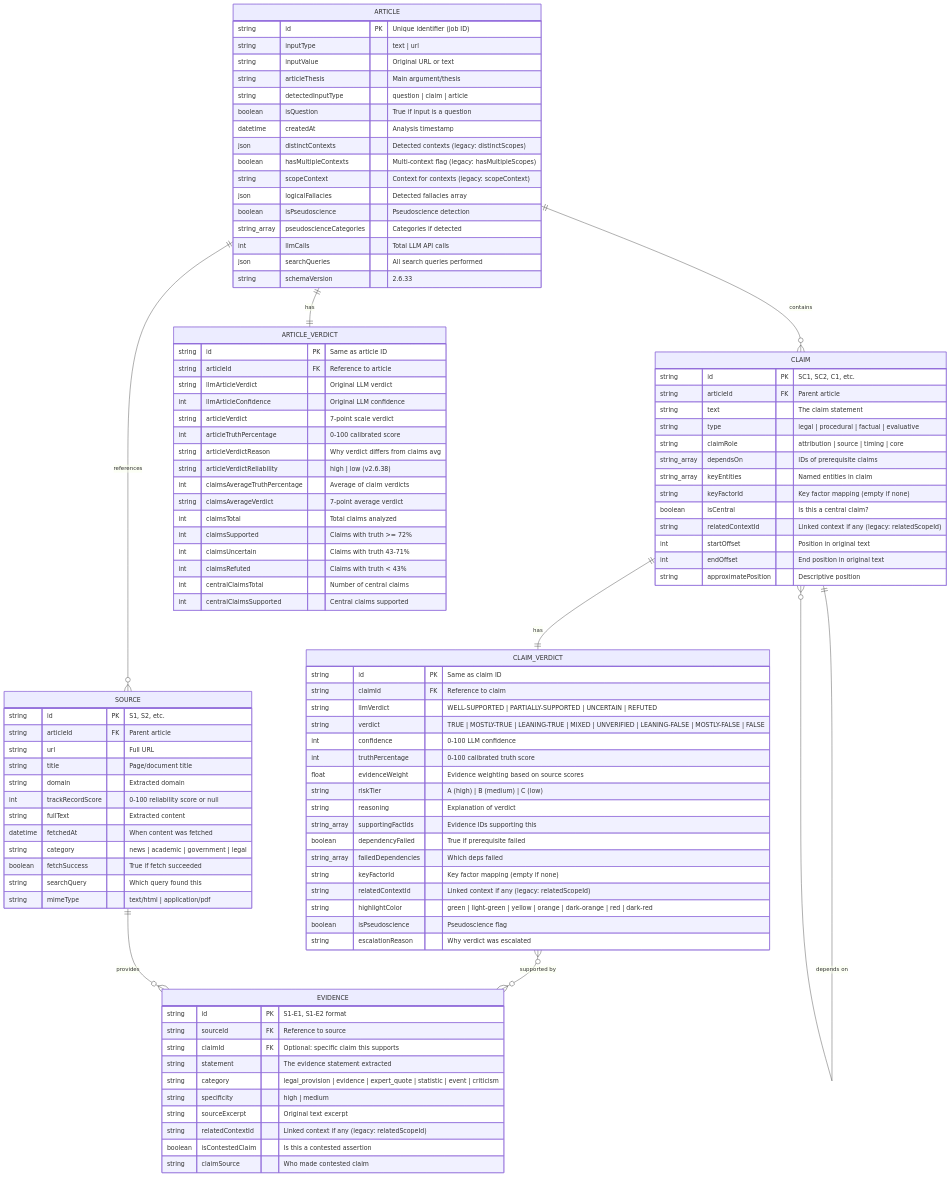
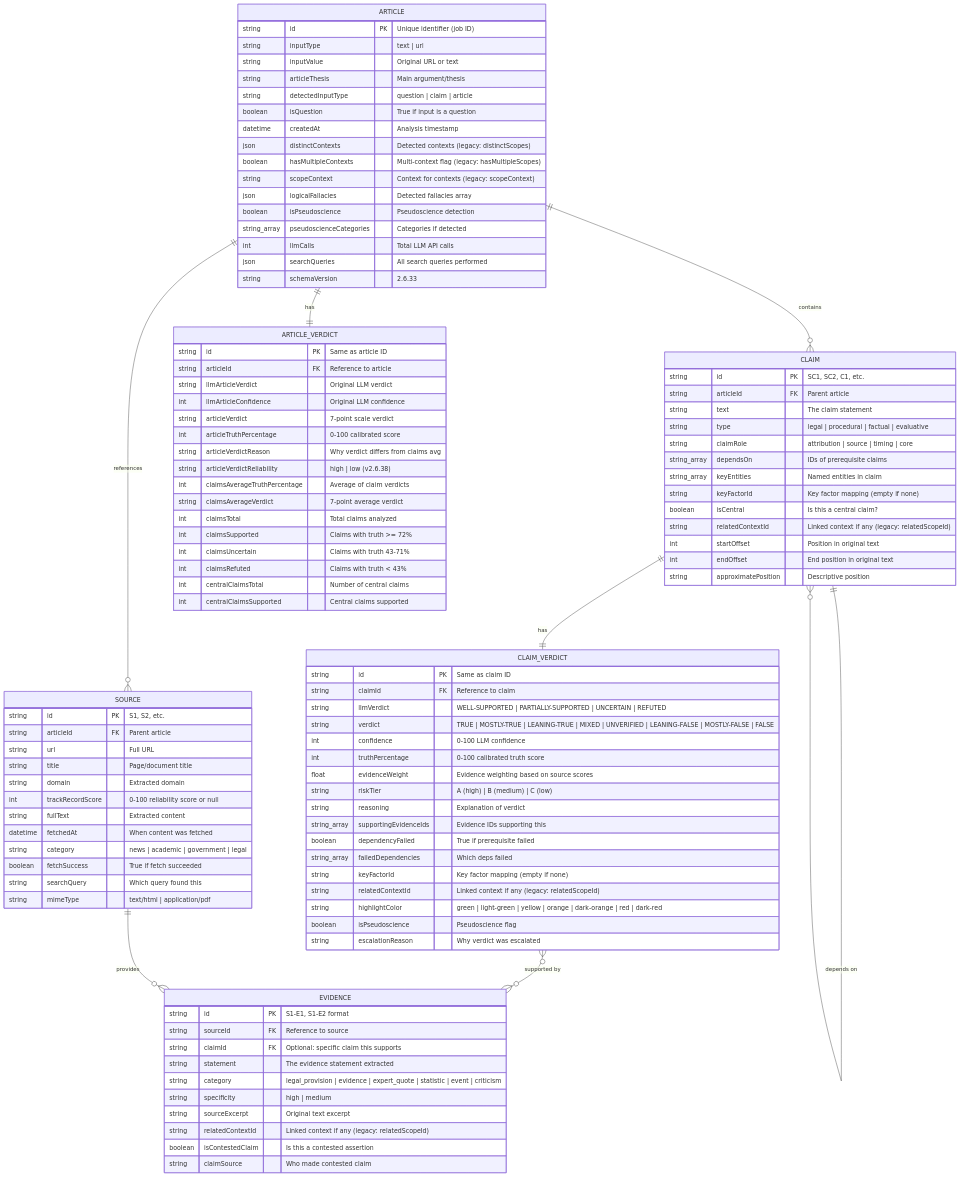
One commit to robertschaub/FactHarbor changed the fourth of 8 diagrams in Docs/ARCHITECTURE/Overview.md. Above: the diagram before and after it, drawn with Mermaid. The commit also changed other lines of this file and 98 other files, not shown here.

```diff
--- a/Docs/ARCHITECTURE/Overview.md
+++ b/Docs/ARCHITECTURE/Overview.md
@@ -305,7 +305,7 @@
         float evidenceWeight "Evidence weighting based on source scores"
         string riskTier "A (high) | B (medium) | C (low)"
         string reasoning "Explanation of verdict"
-        string_array supportingFactIds "Evidence IDs supporting this"
+        string_array supportingEvidenceIds "Evidence IDs supporting this"
         boolean dependencyFailed "True if prerequisite failed"
         string_array failedDependencies "Which deps failed"
         string keyFactorId "Key factor mapping (empty if none)"
```
